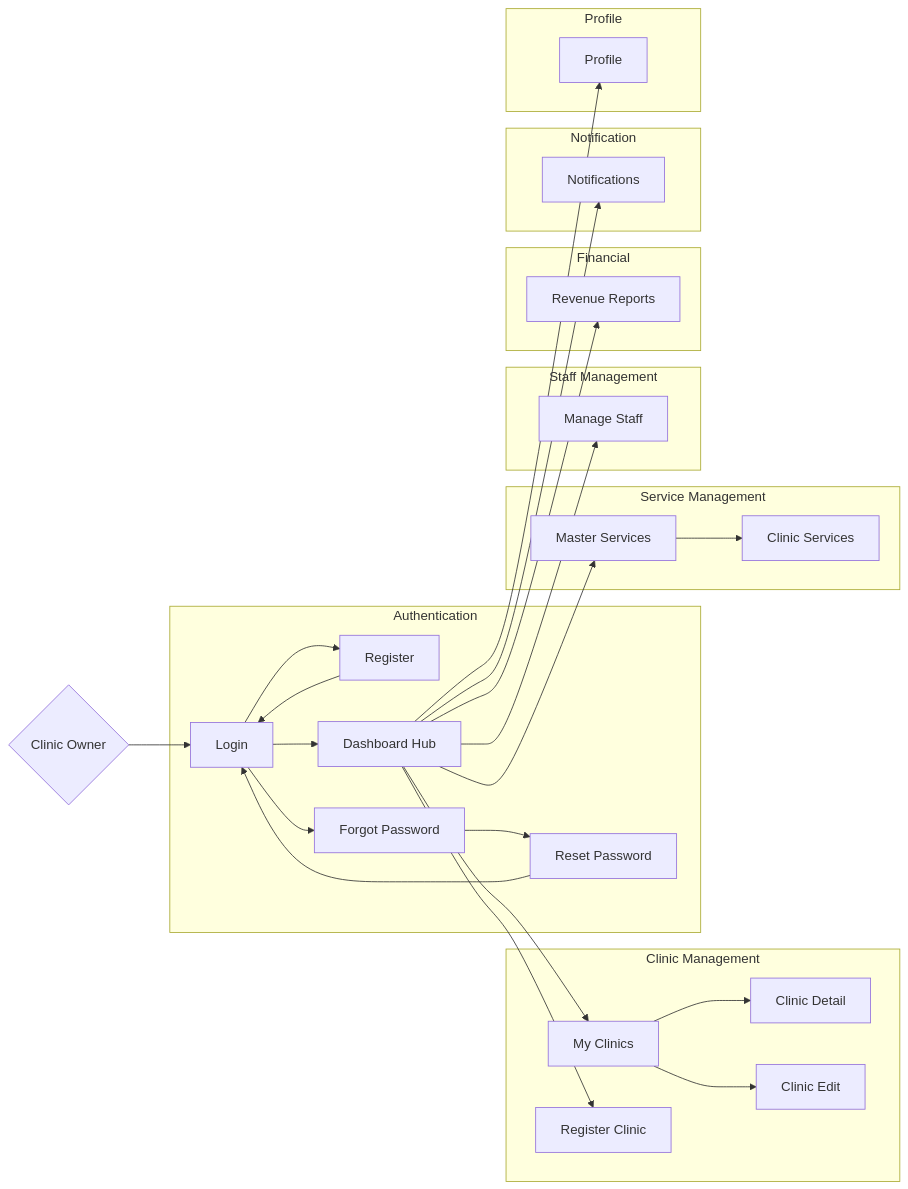
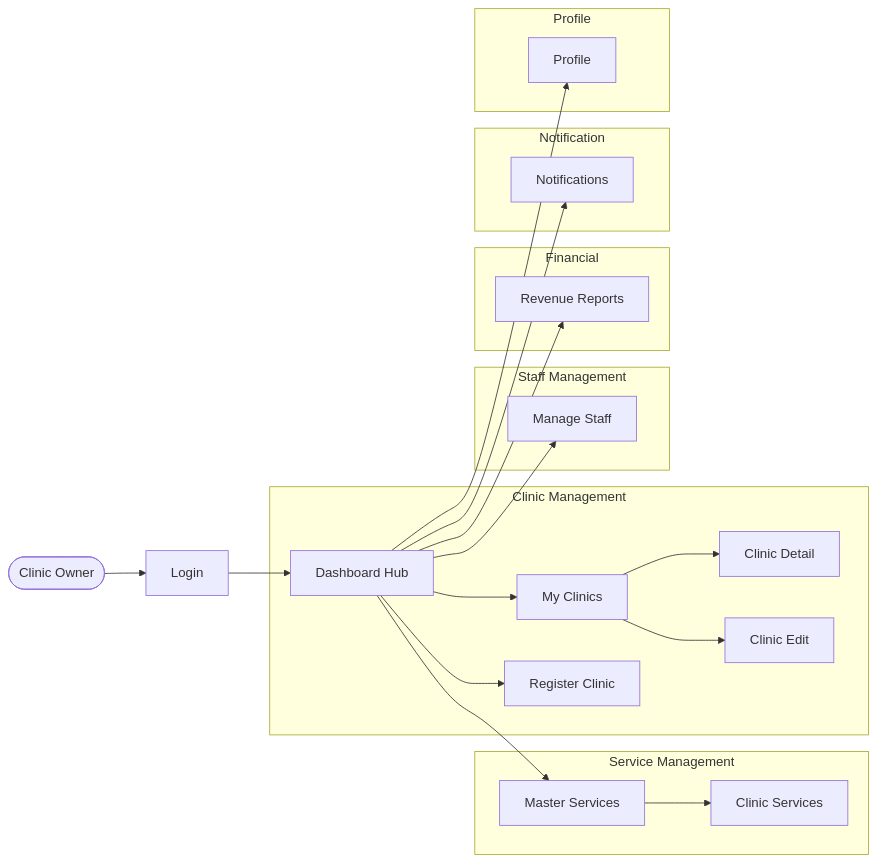
The sixth of 9 diagrams in docs-references/documentation/SRS/PETTIES_SRS.md (espresso23/Petties-Veterinary-Appointment-Booking-Platform), drawn with Mermaid before and after one commit. The commit also changed other lines of this file and 105 other files, not shown here.

````diff
--- a/docs-references/documentation/SRS/PETTIES_SRS.md
+++ b/docs-references/documentation/SRS/PETTIES_SRS.md
@@ -438,41 +431,34 @@
 ```mermaid
 flowchart LR
-    CO{Clinic Owner} --> Login
+    CO([Clinic Owner]) --> Login
+    Login --> DashboardHub[Dashboard Hub]
 
-    subgraph Authentication
-        Login --> Register
-        Register --> Login
-        Login --> ForgotPassword[Forgot Password]
-        ForgotPassword --> ResetPassword[Reset Password]
-        ResetPassword --> Login
-        Login --> DashboardHub[Dashboard Hub]
-    end
 
     subgraph Clinic_Management[Clinic Management]
         DashboardHub --> MyClinics[My Clinics]
         MyClinics --> ClinicDetail[Clinic Detail]
         MyClinics --> ClinicEdit[Clinic Edit]
         DashboardHub --> RegisterClinic[Register Clinic]
     end
 
     subgraph Service_Management[Service Management]
         DashboardHub --> MasterServices[Master Services]
         MasterServices --> ClinicServices[Clinic Services]
     end
 
     subgraph Staff_Management[Staff Management]
         DashboardHub --> ManageStaff[Manage Staff]
     end
 
     subgraph Financial
         DashboardHub --> RevenueReports[Revenue Reports]
     end
 
     subgraph Notification
         DashboardHub --> Notifications
     end
 
     subgraph Profile
         DashboardHub --> ProfileScreen[Profile]
     end
 ```
````
